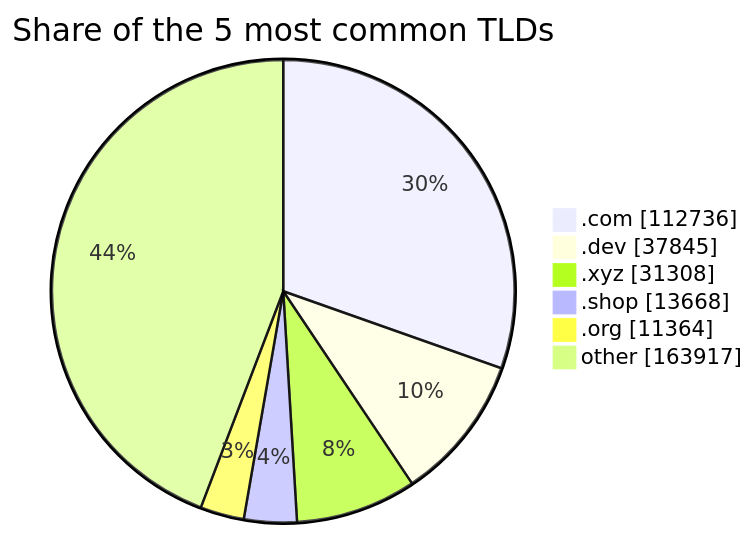
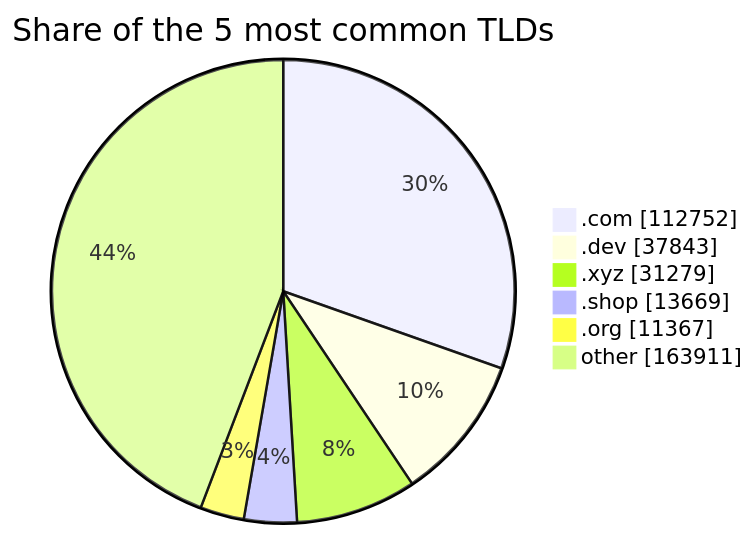
One commit to DNSBunker/CTI changed the third of 3 diagrams in README.md. Above: the diagram before and after it, drawn with Mermaid. The commit also changed other lines of this file and 3 other files, not shown here.

````diff
--- a/README.md
+++ b/README.md
@@ -81,9 +81,9 @@
 ```mermaid
 pie showData title Share of the 5 most common TLDs
-    ".com" : 112736
-    ".dev" : 37845
-    ".xyz" : 31308
-    ".shop" : 13668
-    ".org" : 11364
-    "other" : 163917
+    ".com" : 112752
+    ".dev" : 37843
+    ".xyz" : 31279
+    ".shop" : 13669
+    ".org" : 11367
+    "other" : 163911
 ```
````
